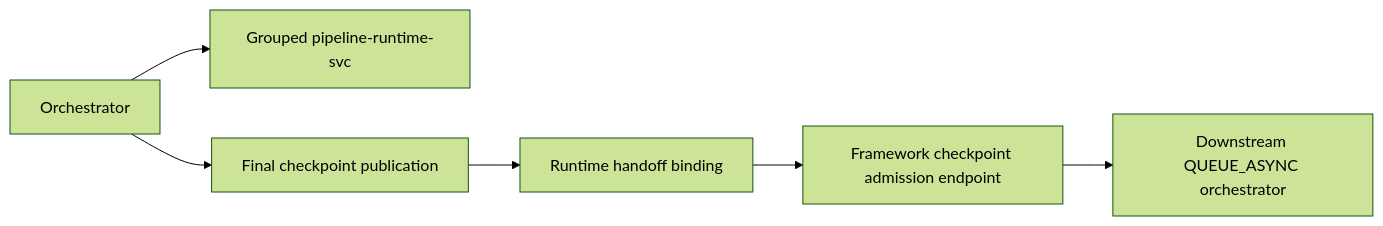
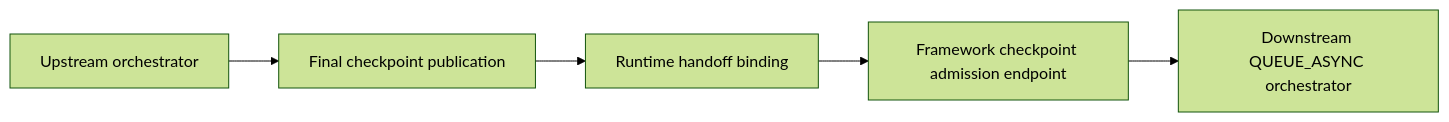
Before and after one commit to The-Pipeline-Framework/pipelineframework: the second of 2 diagrams in docs/guide/development/tpfgo-example.md, drawn with Mermaid (forest theme). The commit also changed other lines of this file and 45 other files, not shown here.

Commit message:
Add TPFGo checkpoint handoff example slice

````diff
--- a/docs/guide/development/tpfgo-example.md
+++ b/docs/guide/development/tpfgo-example.md
@@ -65,8 +64,7 @@
 ```mermaid
 flowchart LR
-    A["Orchestrator"] --> B["Grouped pipeline-runtime-svc"]
-    A --> C["Final checkpoint publication"]
-    C --> D["Runtime handoff binding"]
-    D --> E["Framework checkpoint admission endpoint"]
-    E --> F["Downstream QUEUE_ASYNC orchestrator"]
+    A["Upstream orchestrator"] --> B["Final checkpoint publication"]
+    B --> C["Runtime handoff binding"]
+    C --> D["Framework checkpoint admission endpoint"]
+    D --> E["Downstream QUEUE_ASYNC orchestrator"]
 ```
````
